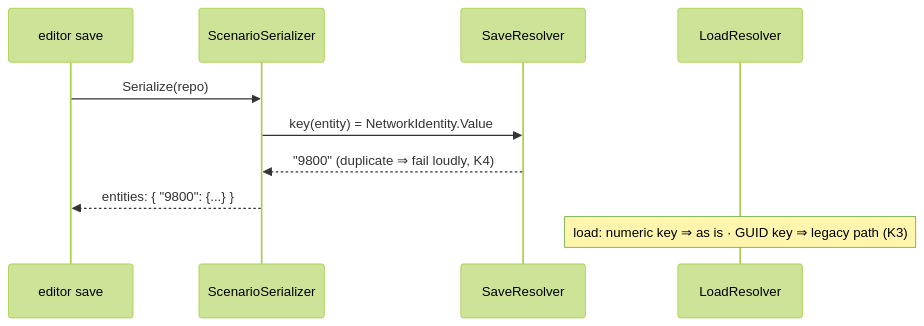
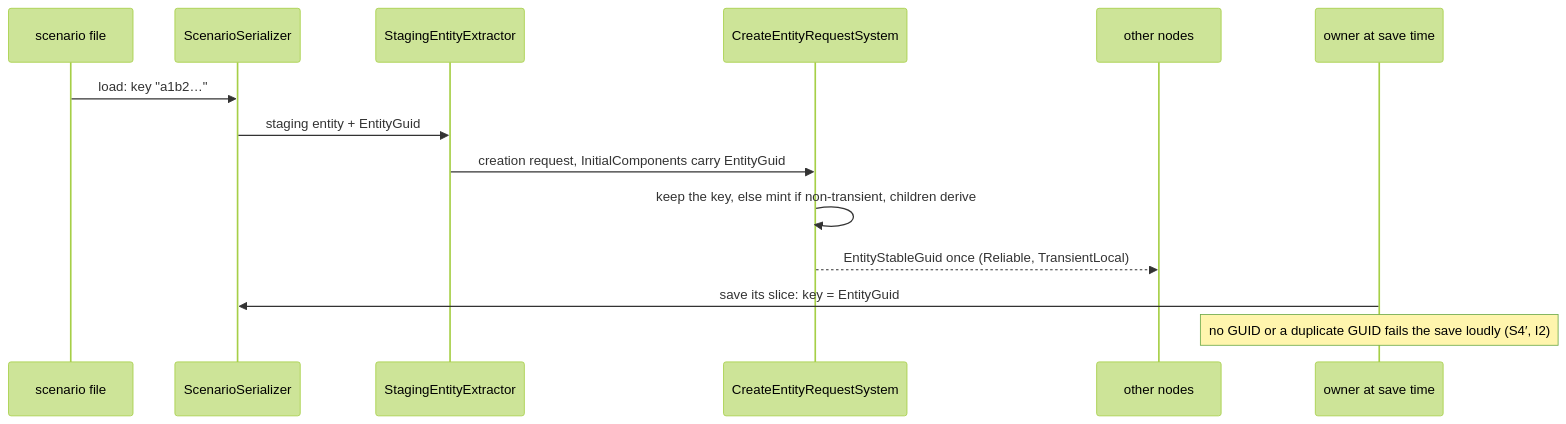
The second of 2 diagrams in docs/DESIGN_Scenario_Entity_Keys.md (pjanec/HROT), drawn with Mermaid (forest theme) before and after one commit. The commit also changed other lines of this file and 4 other files, not shown here.

First line of the commit message:
Design docs to FINAL form: Add_Entity_Picker, AQ108, Scenario_Entity_Keys, SHOWCASE, EXPLAINER — superseded revisions removed, every why kept

````diff
--- a/docs/DESIGN_Scenario_Entity_Keys.md
+++ b/docs/DESIGN_Scenario_Entity_Keys.md
@@ -200,12 +200,16 @@
 ```mermaid
 sequenceDiagram
-    participant Ed as editor save
+    participant F as scenario file
     participant S as ScenarioSerializer
-    participant R as SaveResolver
-    participant L as LoadResolver
-    Ed->>S: Serialize(repo)
-    S->>R: key(entity) = NetworkIdentity.Value
-    R-->>S: "9800" (duplicate ⇒ fail loudly, K4)
-    S-->>Ed: entities: { "9800": {...} }
-    Note over L: load: numeric key ⇒ as is · GUID key ⇒ legacy path (K3)
+    participant X as StagingEntityExtractor
+    participant Q as CreateEntityRequestSystem
+    participant N as other nodes
+    participant O as owner at save time
+    F->>S: load: key "a1b2…"
+    S->>X: staging entity + EntityGuid
+    X->>Q: creation request, InitialComponents carry EntityGuid
+    Q->>Q: keep the key, else mint if non-transient, children derive
+    Q-->>N: EntityStableGuid once (Reliable, TransientLocal)
+    O->>S: save its slice: key = EntityGuid
+    Note over O: no GUID or a duplicate GUID fails the save loudly (S4′, I2)
 ```
````
